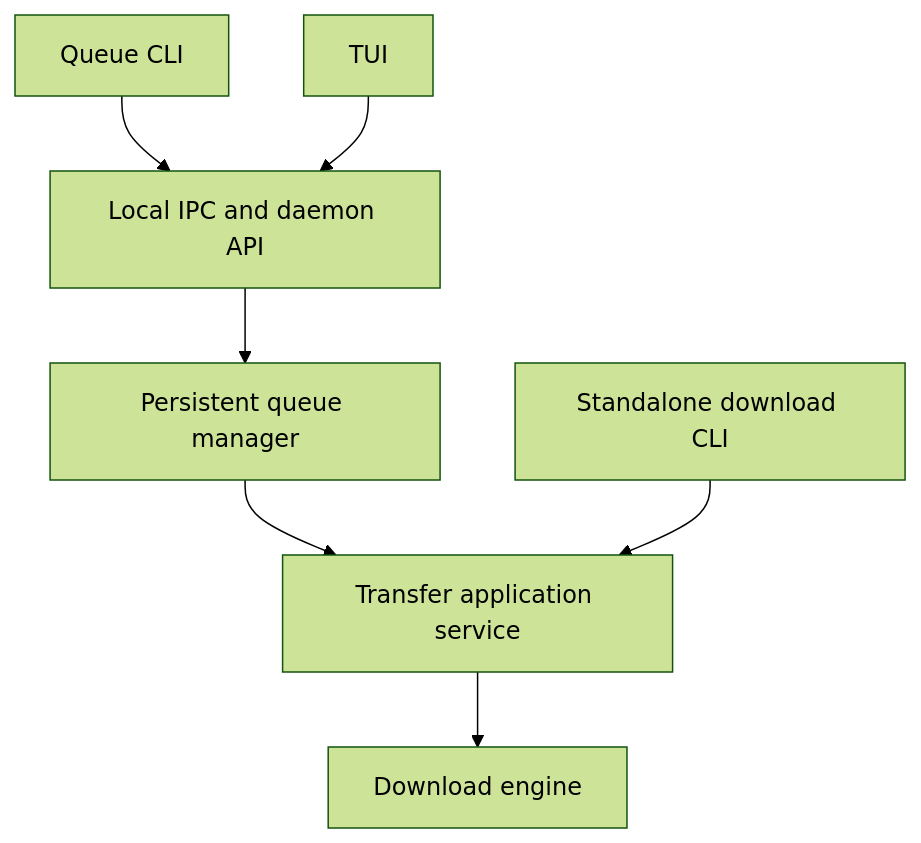
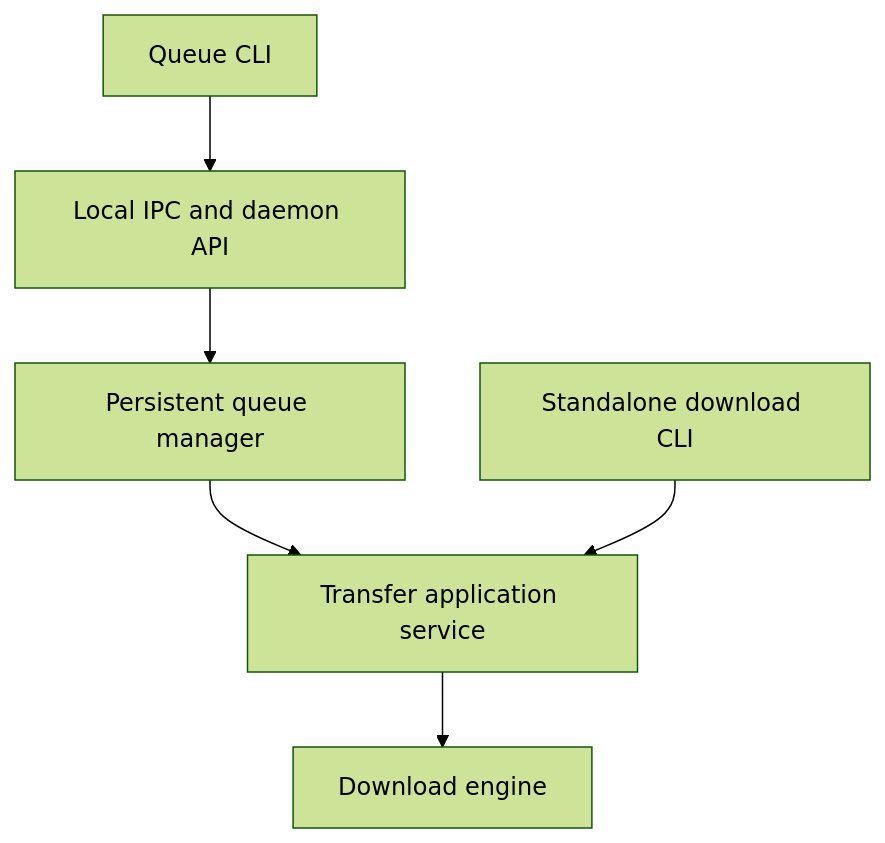
One commit to devkcud/ydl-re changed the second of 2 diagrams in docs/architecture.md. Above: the diagram before and after it, drawn with Mermaid (forest theme). The commit also changed other lines of this file and 12 other files, not shown here.

````diff
--- a/docs/architecture.md
+++ b/docs/architecture.md
@@ -148,9 +148,8 @@
 ```mermaid
 flowchart TD
     CLI[Queue CLI] --> IPC[Local IPC and daemon API]
-    TUI[TUI] --> IPC
     IPC --> Queue[Persistent queue manager]
     Queue --> App[Transfer application service]
     Direct[Standalone download CLI] --> App
     App --> Engine[Download engine]
 ```
````
